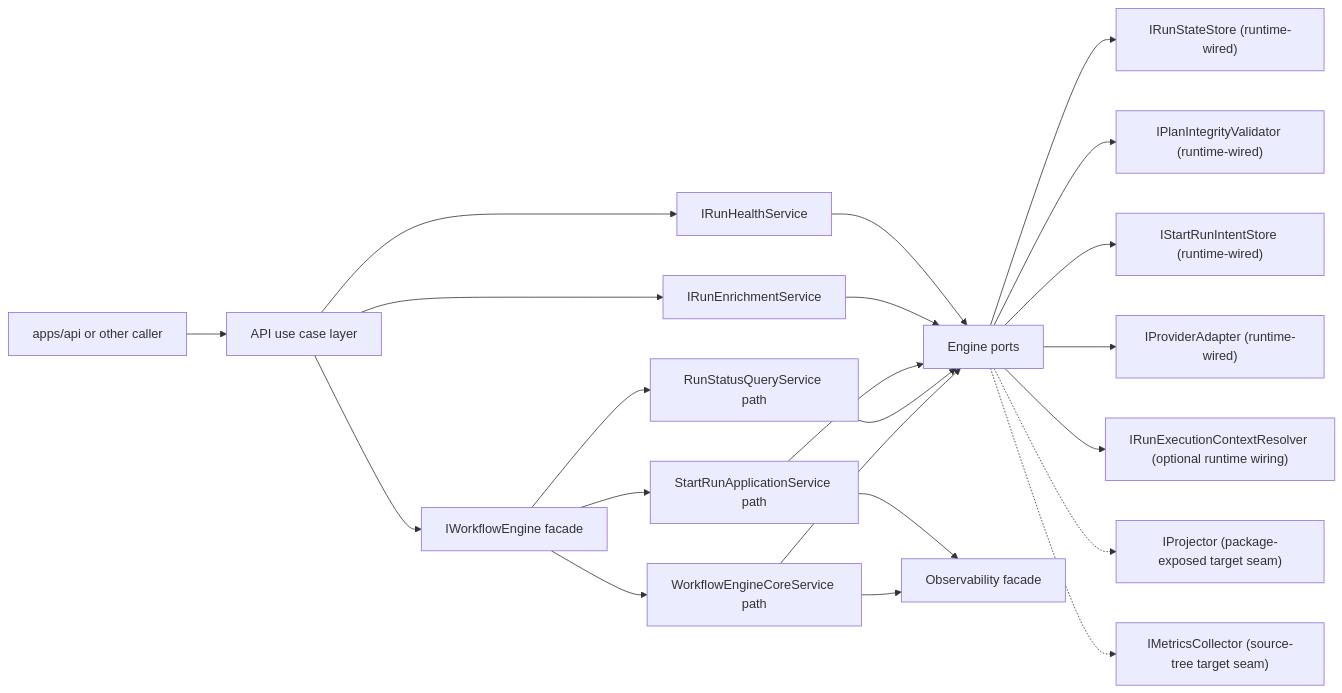
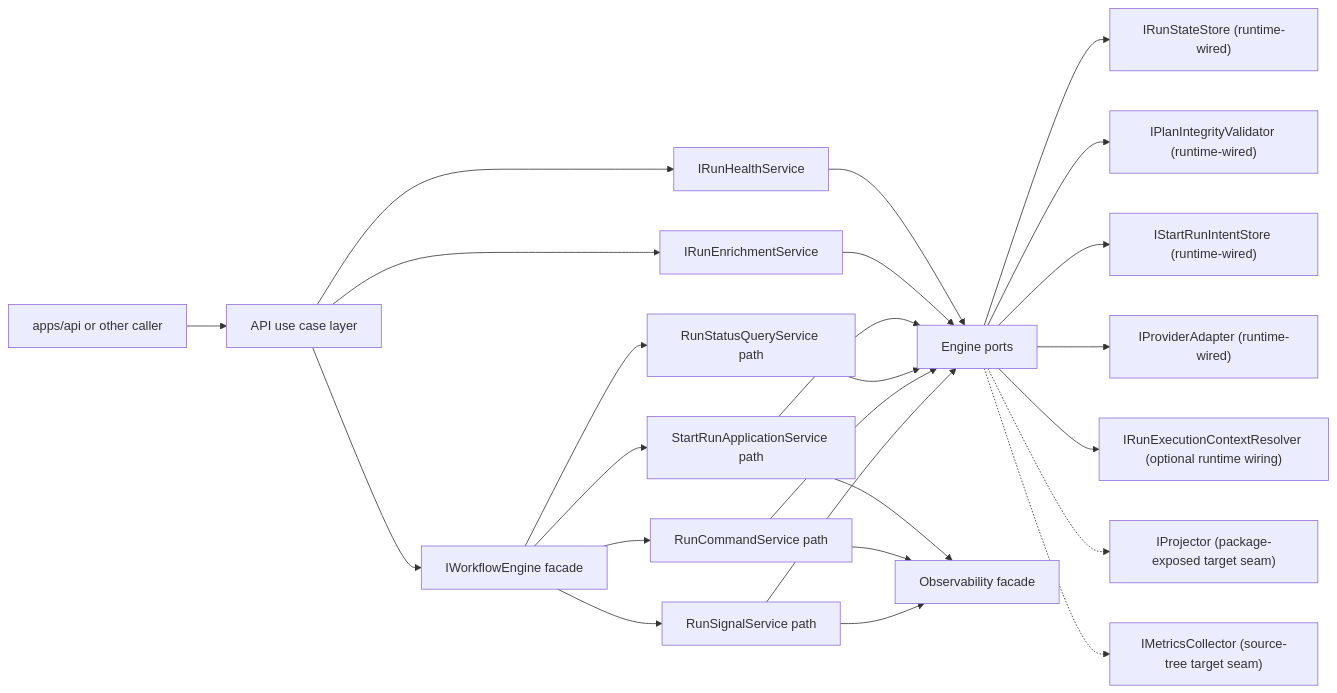
The first of 5 diagrams in docs/architecture/components/engine/architecture/workflow-engine-subsystem-context.md (dunay2/dvt), drawn with Mermaid before and after one commit. The commit also changed other lines of this file and 28 other files, not shown here.

Commit message:
refactor(engine): Split runtime command and signal paths

````diff
--- a/docs/architecture/components/engine/architecture/workflow-engine-subsystem-context.md
+++ b/docs/architecture/components/engine/architecture/workflow-engine-subsystem-context.md
@@ -77,24 +77,27 @@
 ```mermaid
 flowchart LR
   Caller["apps/api or other caller"] --> UseCase["API use case layer"]
   UseCase --> Engine["IWorkflowEngine facade"]
   UseCase --> Health["IRunHealthService"]
   UseCase --> Enrich["IRunEnrichmentService"]
   Engine --> StartRun["StartRunApplicationService path"]
   Engine --> Query["RunStatusQueryService path"]
-  Engine --> Core["WorkflowEngineCoreService path"]
+  Engine --> Command["RunCommandService path"]
+  Engine --> Signal["RunSignalService path"]
   Health --> Ports
   Enrich --> Ports
   StartRun --> Ports["Engine ports"]
   Query --> Ports
-  Core --> Ports
+  Command --> Ports
+  Signal --> Ports
   Ports --> State["IRunStateStore (runtime-wired)"]
   Ports --> PlanStore["IPlanIntegrityValidator (runtime-wired)"]
   Ports --> Intent["IStartRunIntentStore (runtime-wired)"]
   Ports --> Provider["IProviderAdapter (runtime-wired)"]
   Ports --> RunCtx["IRunExecutionContextResolver (optional runtime wiring)"]
   Ports -.-> Projector["IProjector (package-exposed target seam)"]
   Ports -.-> Metrics["IMetricsCollector (source-tree target seam)"]
   StartRun --> Obs["Observability facade"]
-  Core --> Obs
+  Command --> Obs
+  Signal --> Obs
 ```
````
